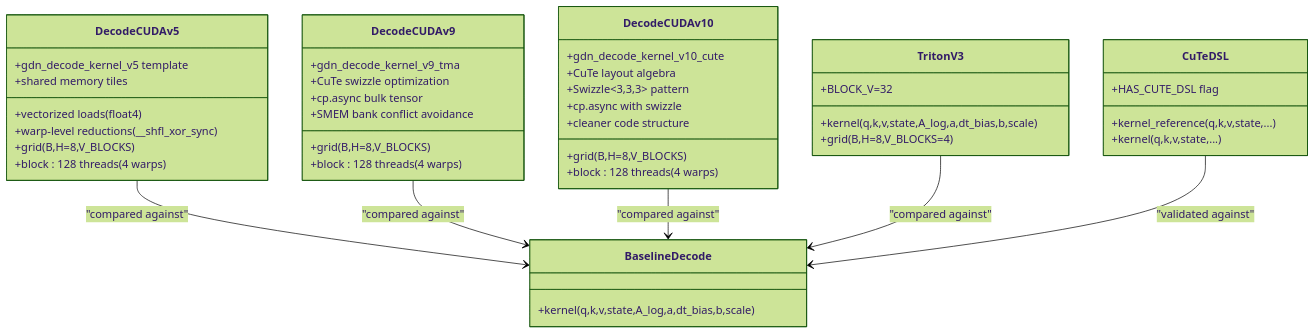
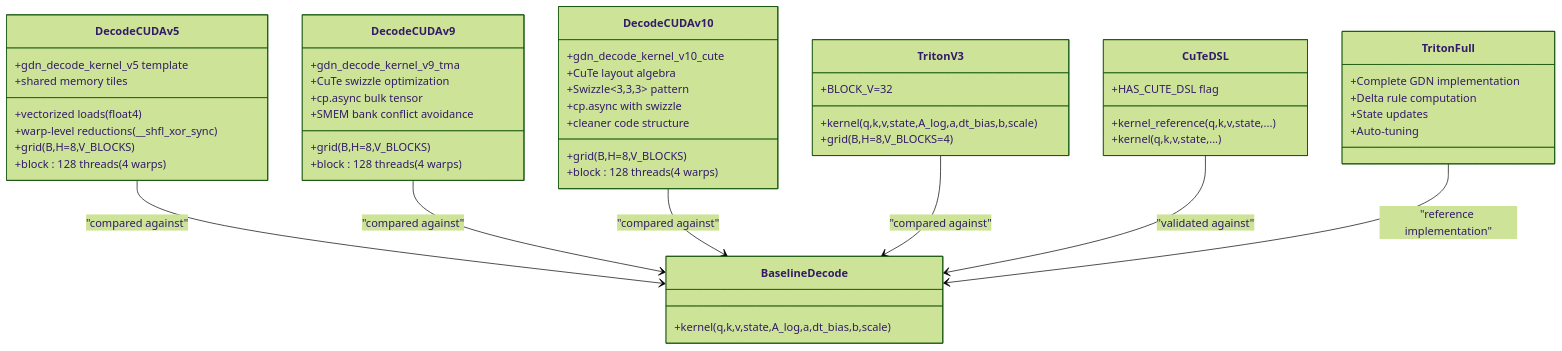
Before and after one commit to gugudeshubao/flashinfer-bench-tma-thrust: the seventh of 14 diagrams in .qoder/repowiki/en/content/Performance Analysis.md, drawn with Mermaid (forest theme). The commit also changed other lines of this file and 25 other files, not shown here.

````diff
--- a/.qoder/repowiki/en/content/Performance Analysis.md
+++ b/.qoder/repowiki/en/content/Performance Analysis.md
@@ -370,46 +436,53 @@
 ```mermaid
 classDiagram
 class DecodeCUDAv5 {
 +gdn_decode_kernel_v5 template
 +vectorized loads (float4)
 +warp-level reductions (__shfl_xor_sync)
 +shared memory tiles
 +grid(B,H=8,V_BLOCKS)
 +block : 128 threads (4 warps)
 }
 class DecodeCUDAv9 {
 +gdn_decode_kernel_v9_tma
 +CuTe swizzle optimization
 +cp.async bulk tensor
 +SMEM bank conflict avoidance
 +grid(B,H=8,V_BLOCKS)
 +block : 128 threads (4 warps)
 }
 class DecodeCUDAv10 {
 +gdn_decode_kernel_v10_cute
 +CuTe layout algebra
 +Swizzle<3,3,3> pattern
 +cp.async with swizzle
 +cleaner code structure
 +grid(B,H=8,V_BLOCKS)
 +block : 128 threads (4 warps)
 }
 class TritonV3 {
 +kernel(q,k,v,state,A_log,a,dt_bias,b,scale)
 +grid(B,H=8,V_BLOCKS=4)
 +BLOCK_V=32
 }
 class BaselineDecode {
 +kernel(q,k,v,state,A_log,a,dt_bias,b,scale)
 }
 class CuTeDSL {
 +kernel_reference(q,k,v,state,...)
 +kernel(q,k,v,state,...)
 +HAS_CUTE_DSL flag
 }
+class TritonFull {
++Complete GDN implementation
++Delta rule computation
++State updates
++Auto-tuning
+}
 DecodeCUDAv5 --> BaselineDecode : "compared against"
 DecodeCUDAv9 --> BaselineDecode : "compared against"
 DecodeCUDAv10 --> BaselineDecode : "compared against"
 TritonV3 --> BaselineDecode : "compared against"
 CuTeDSL --> BaselineDecode : "validated against"
+TritonFull --> BaselineDecode : "reference implementation"
 ```
````
